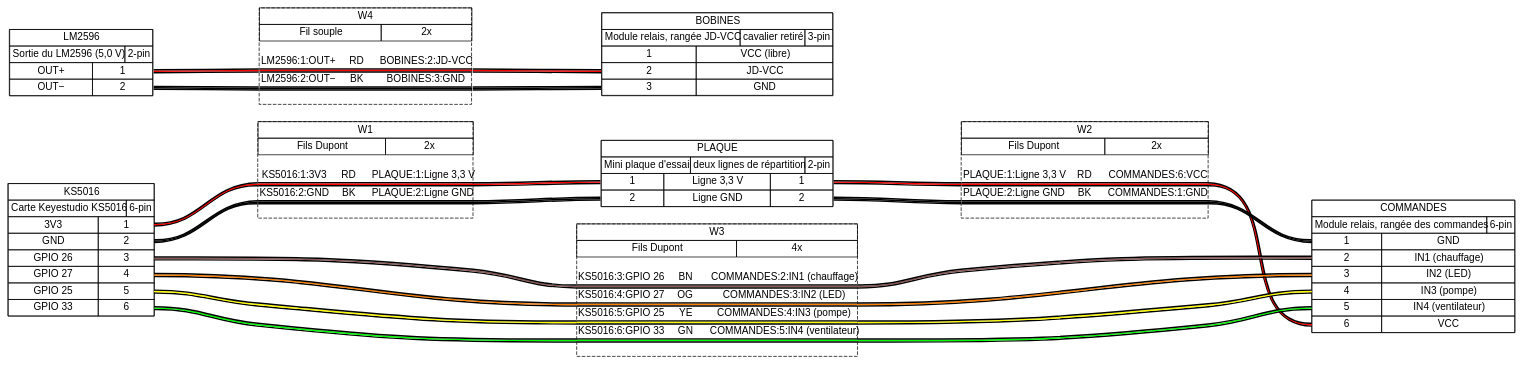
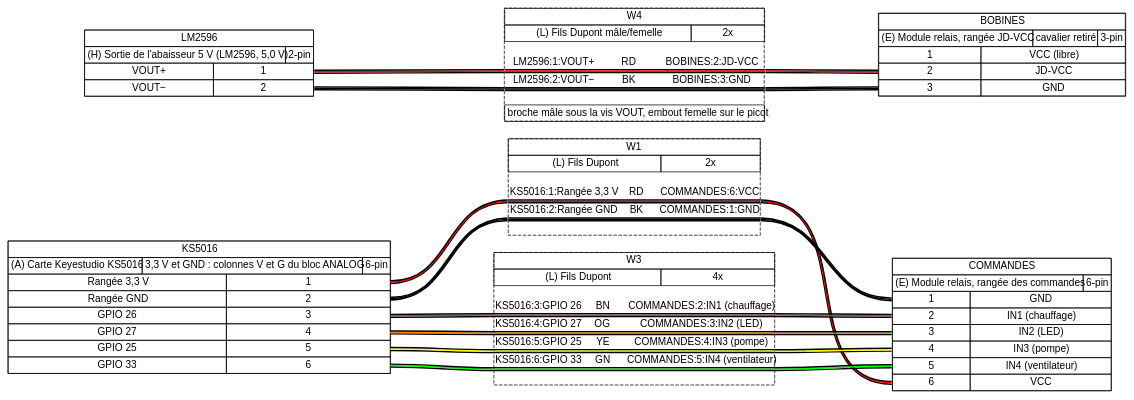
One commit to sskorupski/ssk-terrarium changed the diagram in docs/notice/phase-1/relais.gv. Above: the diagram before and after it, drawn with Graphviz. The commit also changed 32 other files, not shown here.

```diff
--- a/docs/notice/phase-1/relais.gv
+++ b/docs/notice/phase-1/relais.gv
@@ -13,18 +13,19 @@
  </td></tr>
  <tr><td>
   <table border="0" cellspacing="0" cellpadding="3" cellborder="1"><tr>
-   <td balign="left">Carte Keyestudio KS5016</td>
+   <td balign="left">(A) Carte Keyestudio KS5016</td>
+   <td balign="left">3,3 V et GND : colonnes V et G du bloc ANALOG</td>
    <td balign="left">6-pin</td>
   </tr></table>
  </td></tr>
  <tr><td>
   <table border="0" cellspacing="0" cellpadding="3" cellborder="1">
    <tr>
-    <td>3V3</td>
+    <td>Rangée 3,3 V</td>
     <td port="p1r">1</td>
    </tr>
    <tr>
-    <td>GND</td>
+    <td>Rangée GND</td>
     <td port="p2r">2</td>
    </tr>
    <tr>
@@ -47,36 +48,6 @@
  </td></tr>
 </table>
 > fillcolor="#FFFFFF" shape=box style=filled]
-	PLAQUE [label=<
-<table border="0" cellspacing="0" cellpadding="0">
- <tr><td>
-  <table border="0" cellspacing="0" cellpadding="3" cellborder="1"><tr>
-   <td balign="left">PLAQUE</td>
-  </tr></table>
- </td></tr>
- <tr><td>
-  <table border="0" cellspacing="0" cellpadding="3" cellborder="1"><tr>
-   <td balign="left">Mini plaque d'essai</td>
-   <td balign="left">deux lignes de répartition</td>
-   <td balign="left">2-pin</td>
-  </tr></table>
- </td></tr>
- <tr><td>
-  <table border="0" cellspacing="0" cellpadding="3" cellborder="1">
-   <tr>
-    <td port="p1l">1</td>
-    <td>Ligne 3,3 V</td>
-    <td port="p1r">1</td>
-   </tr>
-   <tr>
-    <td port="p2l">2</td>
-    <td>Ligne GND</td>
-    <td port="p2r">2</td>
-   </tr>
-  </table>
- </td></tr>
-</table>
-> fillcolor="#FFFFFF" shape=box style=filled]
 	COMMANDES [label=<
 <table border="0" cellspacing="0" cellpadding="0">
  <tr><td>
@@ -86,7 +57,7 @@
  </td></tr>
  <tr><td>
   <table border="0" cellspacing="0" cellpadding="3" cellborder="1"><tr>
-   <td balign="left">Module relais, rangée des commandes</td>
+   <td balign="left">(E) Module relais, rangée des commandes</td>
    <td balign="left">6-pin</td>
   </tr></table>
  </td></tr>
@@ -129,18 +100,18 @@
  </td></tr>
  <tr><td>
   <table border="0" cellspacing="0" cellpadding="3" cellborder="1"><tr>
-   <td balign="left">Sortie du LM2596 (5,0 V)</td>
+   <td balign="left">(H) Sortie de l'abaisseur 5 V (LM2596, 5,0 V)</td>
    <td balign="left">2-pin</td>
   </tr></table>
  </td></tr>
  <tr><td>
   <table border="0" cellspacing="0" cellpadding="3" cellborder="1">
    <tr>
-    <td>OUT+</td>
+    <td>VOUT+</td>
     <td port="p1r">1</td>
    </tr>
    <tr>
-    <td>OUT−</td>
+    <td>VOUT−</td>
     <td port="p2r">2</td>
    </tr>
   </table>
@@ -156,7 +127,7 @@
  </td></tr>
  <tr><td>
   <table border="0" cellspacing="0" cellpadding="3" cellborder="1"><tr>
-   <td balign="left">Module relais, rangée JD-VCC</td>
+   <td balign="left">(E) Module relais, rangée JD-VCC</td>
    <td balign="left">cavalier retiré</td>
    <td balign="left">3-pin</td>
   </tr></table>
@@ -181,10 +152,10 @@
 > fillcolor="#FFFFFF" shape=box style=filled]
 	edge [color="#000000:#ff0000:#000000"]
 	KS5016:p1r:e -- W1:w1:w
-	W1:w1:e -- PLAQUE:p1l:w
+	W1:w1:e -- COMMANDES:p6l:w
 	edge [color="#000000:#000000:#000000"]
 	KS5016:p2r:e -- W1:w2:w
-	W1:w2:e -- PLAQUE:p2l:w
+	W1:w2:e -- COMMANDES:p1l:w
 	W1 [label=<
 <table border="0" cellspacing="0" cellpadding="0">
  <tr><td>
@@ -194,7 +165,7 @@
  </td></tr>
  <tr><td>
   <table border="0" cellspacing="0" cellpadding="3" cellborder="1"><tr>
-   <td balign="left">Fils Dupont</td>
+   <td balign="left">(L) Fils Dupont</td>
    <td balign="left">2x</td>
   </tr></table>
  </td></tr>
@@ -202,66 +173,7 @@
   <table border="0" cellspacing="0" cellborder="0">
    <tr><td>&nbsp;</td></tr>
    <tr>
-    <td>KS5016:1:3V3</td>
-    <td>
-     RD
-    </td>
-    <td>PLAQUE:1:Ligne 3,3 V</td>
-   </tr>
-   <tr>
-    <td colspan="3" border="0" cellspacing="0" cellpadding="0" port="w1" height="6">
-     <table cellspacing="0" cellborder="0" border="0">
-      <tr><td colspan="3" cellpadding="0" height="2" bgcolor="#000000" border="0"></td></tr>
-      <tr><td colspan="3" cellpadding="0" height="2" bgcolor="#ff0000" border="0"></td></tr>
-      <tr><td colspan="3" cellpadding="0" height="2" bgcolor="#000000" border="0"></td></tr>
-     </table>
-    </td>
-   </tr>
-   <tr>
-    <td>KS5016:2:GND</td>
-    <td>
-     BK
-    </td>
-    <td>PLAQUE:2:Ligne GND</td>
-   </tr>
-   <tr>
-    <td colspan="3" border="0" cellspacing="0" cellpadding="0" port="w2" height="6">
-     <table cellspacing="0" cellborder="0" border="0">
-      <tr><td colspan="3" cellpadding="0" height="2" bgcolor="#000000" border="0"></td></tr>
-      <tr><td colspan="3" cellpadding="0" height="2" bgcolor="#000000" border="0"></td></tr>
-      <tr><td colspan="3" cellpadding="0" height="2" bgcolor="#000000" border="0"></td></tr>
-     </table>
-    </td>
-   </tr>
-   <tr><td>&nbsp;</td></tr>
-  </table>
- </td></tr>
-</table>
-> fillcolor="#FFFFFF" shape=box style="filled,dashed"]
-	edge [color="#000000:#ff0000:#000000"]
-	PLAQUE:p1r:e -- W2:w1:w
-	W2:w1:e -- COMMANDES:p6l:w
-	edge [color="#000000:#000000:#000000"]
-	PLAQUE:p2r:e -- W2:w2:w
-	W2:w2:e -- COMMANDES:p1l:w
-	W2 [label=<
-<table border="0" cellspacing="0" cellpadding="0">
- <tr><td>
-  <table border="0" cellspacing="0" cellpadding="3" cellborder="1"><tr>
-   <td balign="left">W2</td>
-  </tr></table>
- </td></tr>
- <tr><td>
-  <table border="0" cellspacing="0" cellpadding="3" cellborder="1"><tr>
-   <td balign="left">Fils Dupont</td>
-   <td balign="left">2x</td>
-  </tr></table>
- </td></tr>
- <tr><td>
-  <table border="0" cellspacing="0" cellborder="0">
-   <tr><td>&nbsp;</td></tr>
-   <tr>
-    <td>PLAQUE:1:Ligne 3,3 V</td>
+    <td>KS5016:1:Rangée 3,3 V</td>
     <td>
      RD
     </td>
@@ -277,7 +189,7 @@
     </td>
    </tr>
    <tr>
-    <td>PLAQUE:2:Ligne GND</td>
+    <td>KS5016:2:Rangée GND</td>
     <td>
      BK
     </td>
@@ -318,7 +230,7 @@
  </td></tr>
  <tr><td>
   <table border="0" cellspacing="0" cellpadding="3" cellborder="1"><tr>
-   <td balign="left">Fils Dupont</td>
+   <td balign="left">(L) Fils Dupont</td>
    <td balign="left">4x</td>
   </tr></table>
  </td></tr>
@@ -409,7 +321,7 @@
  </td></tr>
  <tr><td>
   <table border="0" cellspacing="0" cellpadding="3" cellborder="1"><tr>
-   <td balign="left">Fil souple</td>
+   <td balign="left">(L) Fils Dupont mâle/femelle</td>
    <td balign="left">2x</td>
   </tr></table>
  </td></tr>
@@ -417,7 +329,7 @@
   <table border="0" cellspacing="0" cellborder="0">
    <tr><td>&nbsp;</td></tr>
    <tr>
-    <td>LM2596:1:OUT+</td>
+    <td>LM2596:1:VOUT+</td>
     <td>
      RD
     </td>
@@ -433,7 +345,7 @@
     </td>
    </tr>
    <tr>
-    <td>LM2596:2:OUT−</td>
+    <td>LM2596:2:VOUT−</td>
     <td>
      BK
     </td>
@@ -451,6 +363,11 @@
    <tr><td>&nbsp;</td></tr>
   </table>
  </td></tr>
+ <tr><td>
+  <table border="0" cellspacing="0" cellpadding="3" cellborder="1"><tr>
+   <td balign="left">broche mâle sous la vis VOUT, embout femelle sur le picot</td>
+  </tr></table>
+ </td></tr>
 </table>
 > fillcolor="#FFFFFF" shape=box style="filled,dashed"]
 }
```
